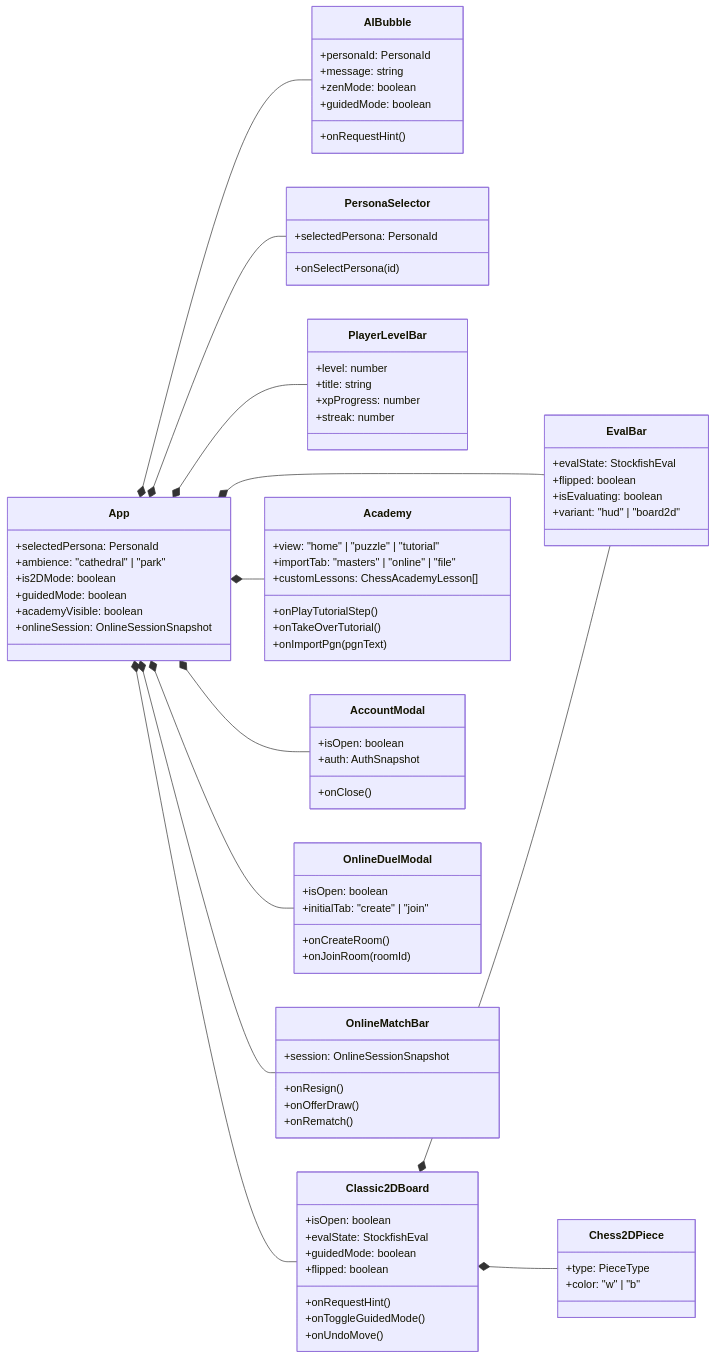
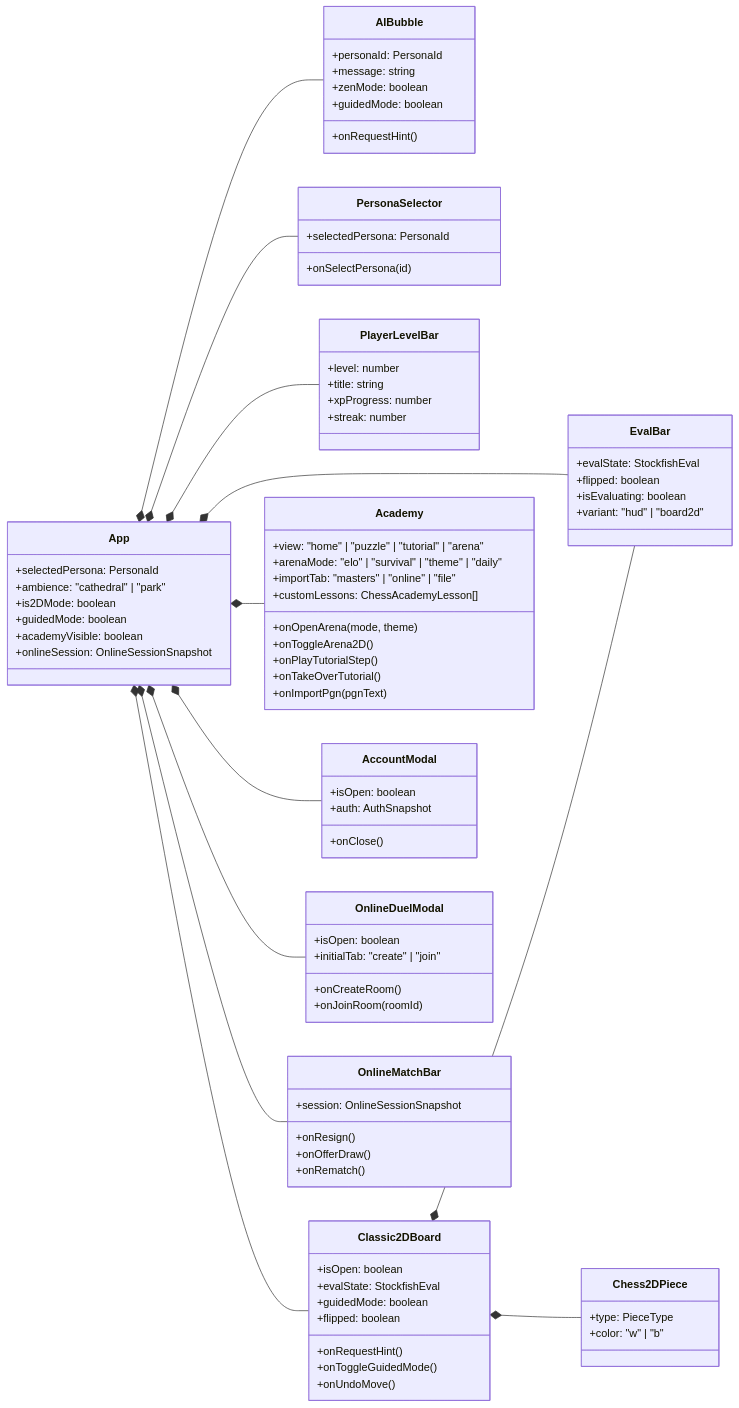
The third of 7 diagrams in ARHITEKTURA.md (gslavisam/sah), drawn with Mermaid before and after one commit. The commit also changed other lines of this file and 10 other files, not shown here.

```diff
--- a/ARHITEKTURA.md
+++ b/ARHITEKTURA.md
@@ -338,9 +338,12 @@
     }
 
     class Academy {
-        +view: "home" | "puzzle" | "tutorial"
+        +view: "home" | "puzzle" | "tutorial" | "arena"
+        +arenaMode: "elo" | "survival" | "theme" | "daily"
         +importTab: "masters" | "online" | "file"
         +customLessons: ChessAcademyLesson[]
+        +onOpenArena(mode, theme)
+        +onToggleArena2D()
         +onPlayTutorialStep()
         +onTakeOverTutorial()
         +onImportPgn(pgnText)
```
